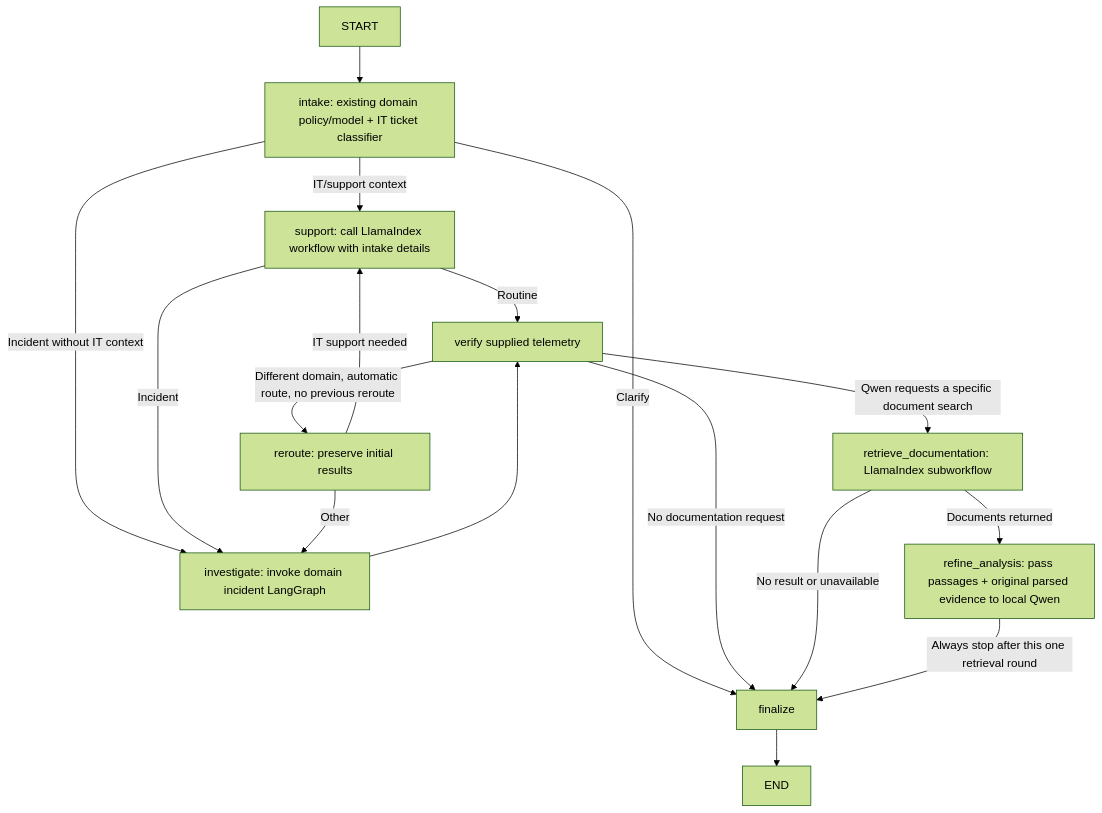
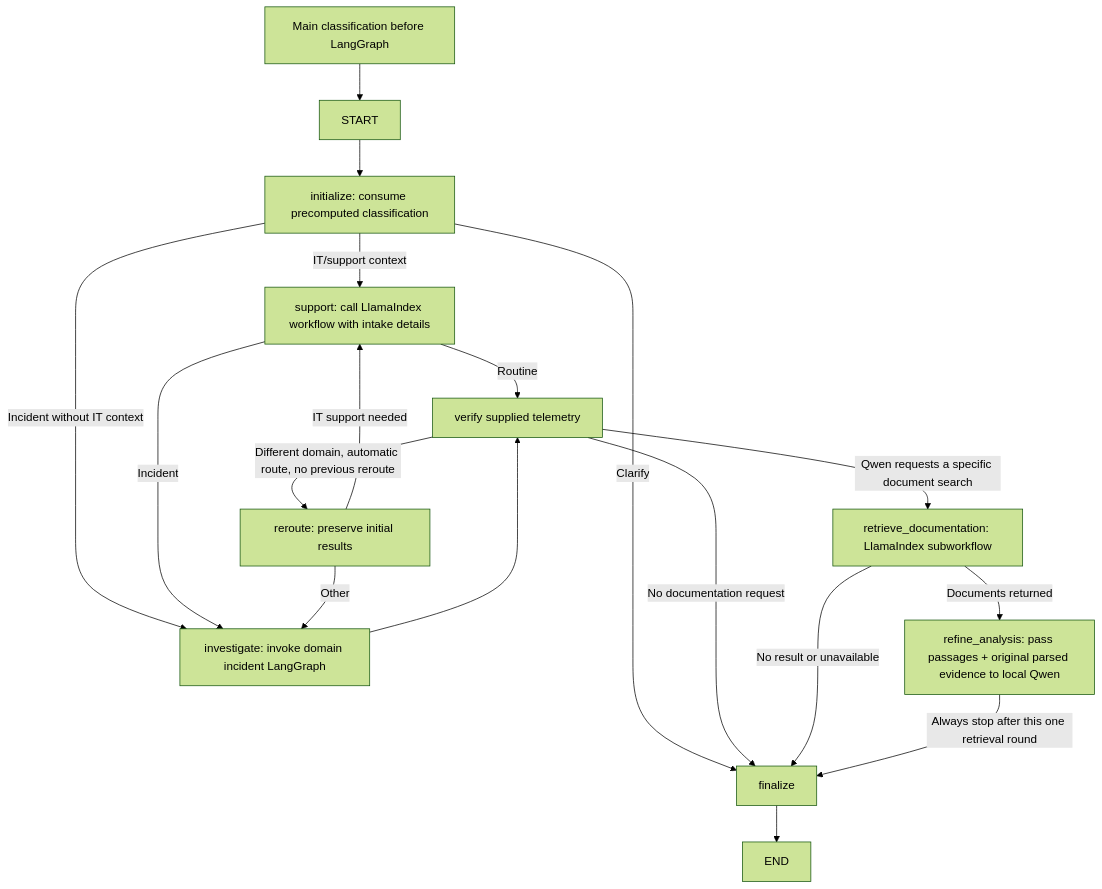
Before and after one commit to swathiblrs/Agentic-RAG-Support-Automation-Platform: the diagram in platform/PARENT_WORKFLOW.md, drawn with Mermaid (forest theme). The commit also changed other lines of this file and 6 other files, not shown here.

Commit message:
Classify before LangGraph and split component flowcharts

````diff
--- a/platform/PARENT_WORKFLOW.md
+++ b/platform/PARENT_WORKFLOW.md
@@ -5,19 +5,20 @@
 ```mermaid
 flowchart TD
-  START --> I["intake: existing domain policy/model + IT ticket classifier"]
+  C["Main classification before LangGraph"] --> START
+  START --> I["initialize: consume precomputed classification"]
   I -->|"Clarify"| F["finalize"]
   I -->|"IT/support context"| S["support: call LlamaIndex workflow with intake details"]
   I -->|"Incident without IT context"| G["investigate: invoke domain incident LangGraph"]
   S -->|"Routine"| V["verify supplied telemetry"]
   S -->|"Incident"| G
   G --> V
   V -->|"Different domain, automatic route, no previous reroute"| R["reroute: preserve initial results"]
   R -->|"IT support needed"| S
   R -->|"Other"| G
   V -->|"No documentation request"| F
   V -->|"Qwen requests a specific document search"| D["retrieve_documentation: LlamaIndex subworkflow"]
   D -->|"No result or unavailable"| F
   D -->|"Documents returned"| Q["refine_analysis: pass passages + original parsed evidence to local Qwen"]
   Q -->|"Always stop after this one retrieval round"| F
   F --> END
 ```
````
